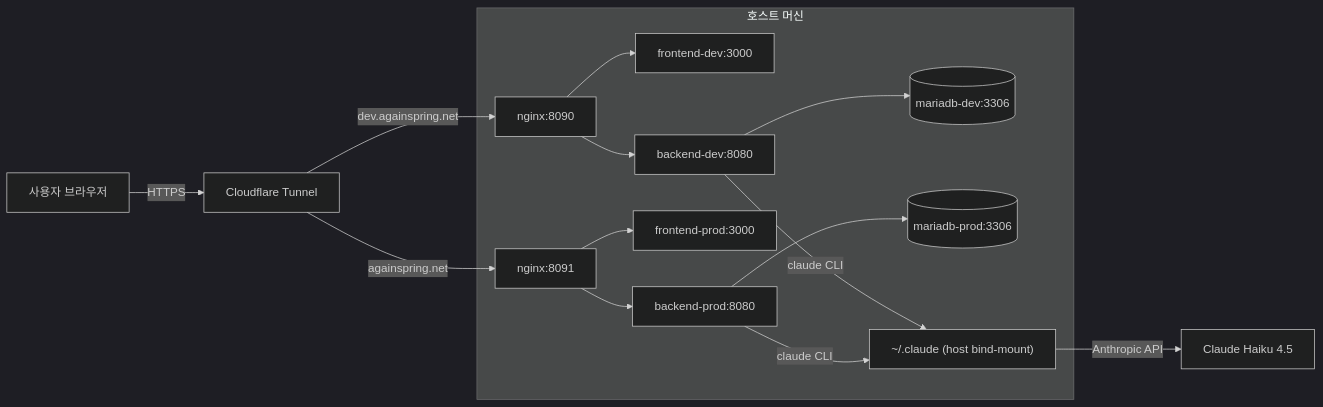
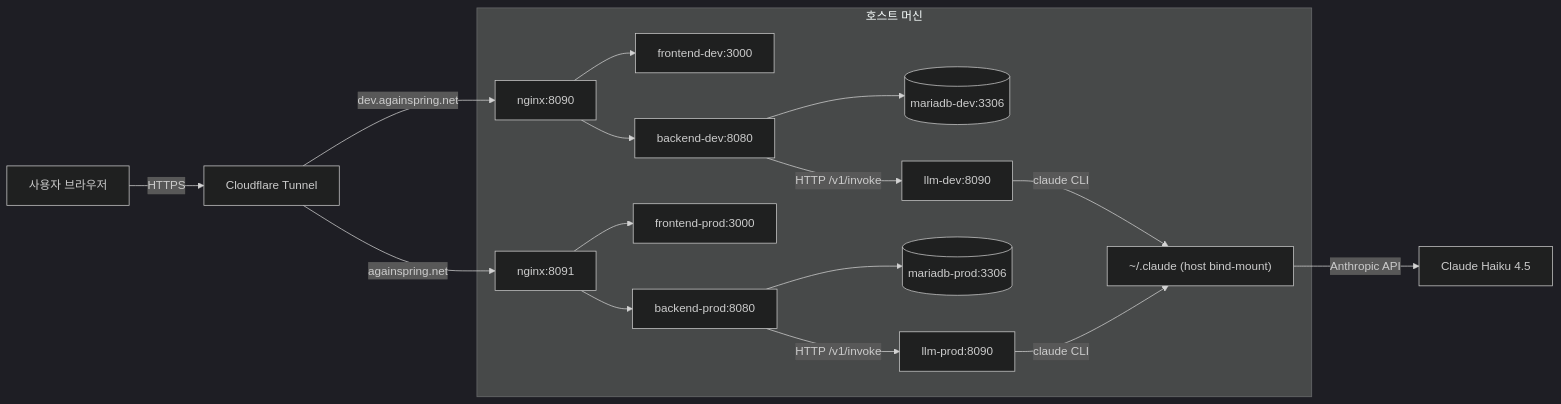
The diagram in env/docs/architecture.md (Justant-source/Again-Spring), drawn with Mermaid (dark theme) before and after one commit. The commit also changed other lines of this file and 7 other files, not shown here.

````diff
--- a/env/docs/architecture.md
+++ b/env/docs/architecture.md
@@ -7,17 +7,19 @@
 ```mermaid
 flowchart LR
     User[사용자 브라우저] -->|HTTPS| CF[Cloudflare Tunnel]
     CF -->|dev.againspring.net| Nginx_dev[nginx:8090]
     CF -->|againspring.net| Nginx_prod[nginx:8091]
     subgraph Host["호스트 머신"]
         Nginx_dev --> FE_dev[frontend-dev:3000]
         Nginx_dev --> BE_dev[backend-dev:8080]
         Nginx_prod --> FE_prod[frontend-prod:3000]
         Nginx_prod --> BE_prod[backend-prod:8080]
         BE_dev --> DB_dev[(mariadb-dev:3306)]
         BE_prod --> DB_prod[(mariadb-prod:3306)]
-        BE_dev -->|claude CLI| ClaudeMount["~/.claude (host bind-mount)"]
-        BE_prod -->|claude CLI| ClaudeMount
+        BE_dev -->|HTTP /v1/invoke| LLM_dev[llm-dev:8090]
+        BE_prod -->|HTTP /v1/invoke| LLM_prod[llm-prod:8090]
+        LLM_dev -->|claude CLI| ClaudeMount["~/.claude (host bind-mount)"]
+        LLM_prod -->|claude CLI| ClaudeMount
     end
     ClaudeMount -->|Anthropic API| Anthropic[Claude Haiku 4.5]
 ```
````
